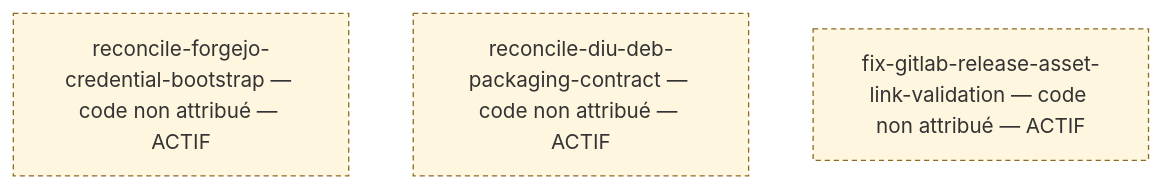
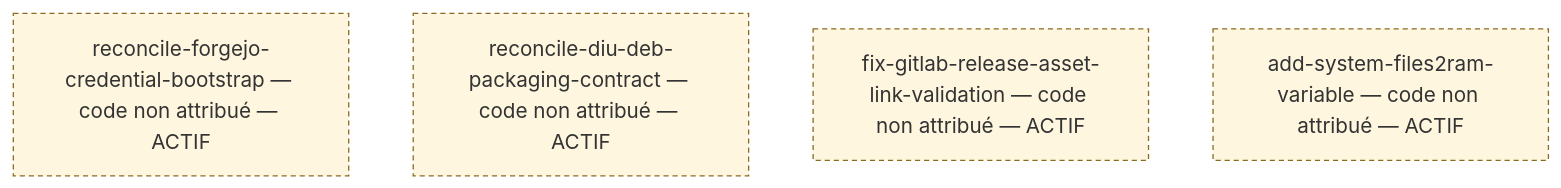
Diagram 11 of 11 in DEVELOPMENT_MAP.md (AzenorPixs/diu), drawn with Mermaid before and after one commit. The commit also changed other lines of this file and 81 other files, not shown here.

````diff
--- a/DEVELOPMENT_MAP.md
+++ b/DEVELOPMENT_MAP.md
@@ -309,8 +310,9 @@
 ```mermaid
 flowchart TB
   classDef provisoire fill:#fff6df,stroke:#8a6b20,stroke-dasharray:4 3
   P_BOOT["reconcile-forgejo-credential-bootstrap — code non attribué — ACTIF"]
   P_PACK["reconcile-diu-deb-packaging-contract — code non attribué — ACTIF"]
   P_LINK["fix-gitlab-release-asset-link-validation — code non attribué — ACTIF"]
-  class P_BOOT,P_PACK,P_LINK provisoire
+  P_FILES2RAM["add-system-files2ram-variable — code non attribué — ACTIF"]
+  class P_BOOT,P_PACK,P_LINK,P_FILES2RAM provisoire
 ```
````
